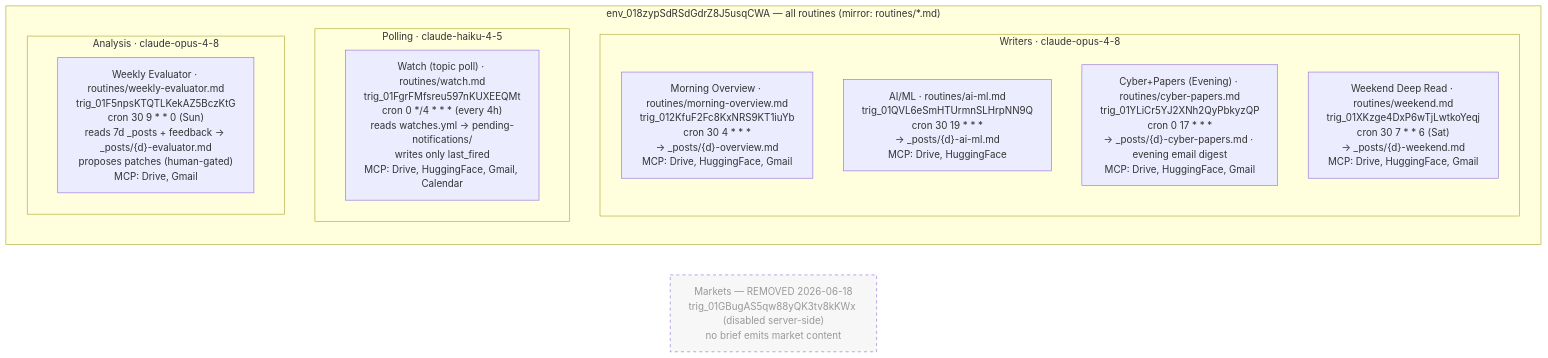
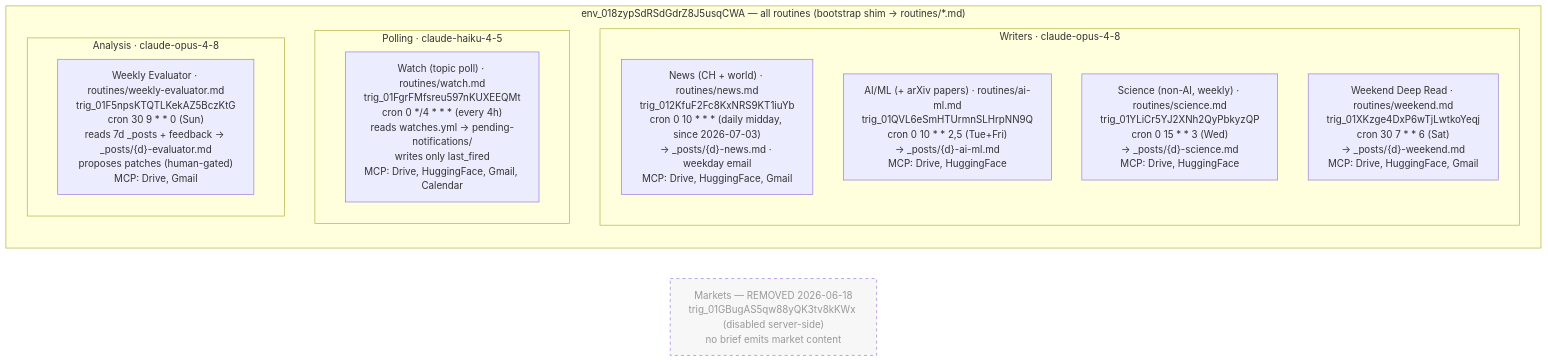
One commit to khalic-lab/claude-routines changed the diagram in diagrams/02-routines-and-schedules.md. Above: the diagram before and after it, drawn with Mermaid. The commit also changed other lines of this file and 54 other files, not shown here.

````diff
--- a/diagrams/02-routines-and-schedules.md
+++ b/diagrams/02-routines-and-schedules.md
@@ -7,23 +8,23 @@
 ```mermaid
 flowchart LR
-  subgraph env["env_018zypSdRSdGdrZ8J5usqCWA — all routines (mirror: routines/*.md)"]
+  subgraph env["env_018zypSdRSdGdrZ8J5usqCWA — all routines (bootstrap shim → routines/*.md)"]
     direction TB
     subgraph writers["Writers · claude-opus-4-8"]
       direction TB
-      OV["Morning Overview · routines/morning-overview.md<br/>trig_012KfuF2Fc8KxNRS9KT1iuYb<br/>cron 30 4 * * *<br/>→ _posts/{d}-overview.md<br/>MCP: Drive, HuggingFace, Gmail"]
-      AM["AI/ML · routines/ai-ml.md<br/>trig_01QVL6eSmHTUrmnSLHrpNN9Q<br/>cron 30 19 * * *<br/>→ _posts/{d}-ai-ml.md<br/>MCP: Drive, HuggingFace"]
-      CP["Cyber+Papers (Evening) · routines/cyber-papers.md<br/>trig_01YLiCr5YJ2XNh2QyPbkyzQP<br/>cron 0 17 * * *<br/>→ _posts/{d}-cyber-papers.md · evening email digest<br/>MCP: Drive, HuggingFace, Gmail"]
+      NW["News (CH + world) · routines/news.md<br/>trig_012KfuF2Fc8KxNRS9KT1iuYb<br/>cron 0 10 * * * (daily midday, since 2026-07-03)<br/>→ _posts/{d}-news.md · weekday email<br/>MCP: Drive, HuggingFace, Gmail"]
+      AM["AI/ML (+ arXiv papers) · routines/ai-ml.md<br/>trig_01QVL6eSmHTUrmnSLHrpNN9Q<br/>cron 0 10 * * 2,5 (Tue+Fri)<br/>→ _posts/{d}-ai-ml.md<br/>MCP: Drive, HuggingFace"]
+      SC["Science (non-AI, weekly) · routines/science.md<br/>trig_01YLiCr5YJ2XNh2QyPbkyzQP<br/>cron 0 15 * * 3 (Wed)<br/>→ _posts/{d}-science.md<br/>MCP: Drive, HuggingFace"]
       WK["Weekend Deep Read · routines/weekend.md<br/>trig_01XKzge4DxP6wTjLwtkoYeqj<br/>cron 30 7 * * 6 (Sat)<br/>→ _posts/{d}-weekend.md<br/>MCP: Drive, HuggingFace, Gmail"]
     end
     subgraph poll["Polling · claude-haiku-4-5"]
       WT["Watch (topic poll) · routines/watch.md<br/>trig_01FgrFMfsreu597nKUXEEQMt<br/>cron 0 */4 * * * (every 4h)<br/>reads watches.yml → pending-notifications/<br/>writes only last_fired<br/>MCP: Drive, HuggingFace, Gmail, Calendar"]
     end
     subgraph analysis["Analysis · claude-opus-4-8"]
       WE["Weekly Evaluator · routines/weekly-evaluator.md<br/>trig_01F5npsKTQTLKekAZ5BczKtG<br/>cron 30 9 * * 0 (Sun)<br/>reads 7d _posts + feedback → _posts/{d}-evaluator.md<br/>proposes patches (human-gated)<br/>MCP: Drive, Gmail"]
     end
   end
 
   RM["Markets — REMOVED 2026-06-18<br/>trig_01GBugAS5qw88yQK3tv8kKWx (disabled server-side)<br/>no brief emits market content"]:::dead
 
   classDef dead stroke-dasharray:5 5,color:#999,fill:#f7f7f7;
 ```
````
